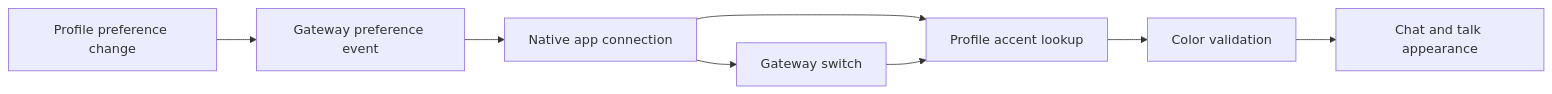
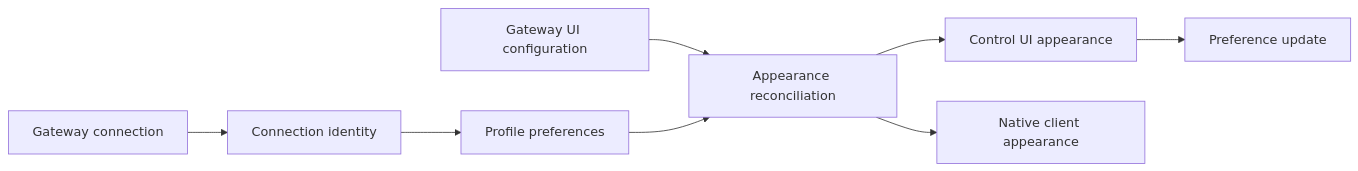
One commit to miguelbranco80/openclaw-bug-origins changed the diagram in fix-origins/clawsweeper/bundles/0164.full.md. Above: the diagram before and after it, drawn with Mermaid. The commit also changed other lines of this file and 6464 other files, not shown here.

````diff
--- a/fix-origins/clawsweeper/bundles/0164.full.md
+++ b/fix-origins/clawsweeper/bundles/0164.full.md
@@ -57,10 +43,10 @@
 ```mermaid
 flowchart LR
-A[Profile preference change] --> B[Gateway preference event]
-B --> C[Native app connection]
-C --> D[Profile accent lookup]
-D --> E[Color validation]
-E --> F[Chat and talk appearance]
-C --> G[Gateway switch]
-G --> D
+  A[Gateway connection] --> B[Connection identity]
+  B --> C[Profile preferences]
+  D[Gateway UI configuration] --> E[Appearance reconciliation]
+  C --> E
+  E --> F[Control UI appearance]
+  E --> G[Native client appearance]
+  F --> H[Preference update]
 ```
````
